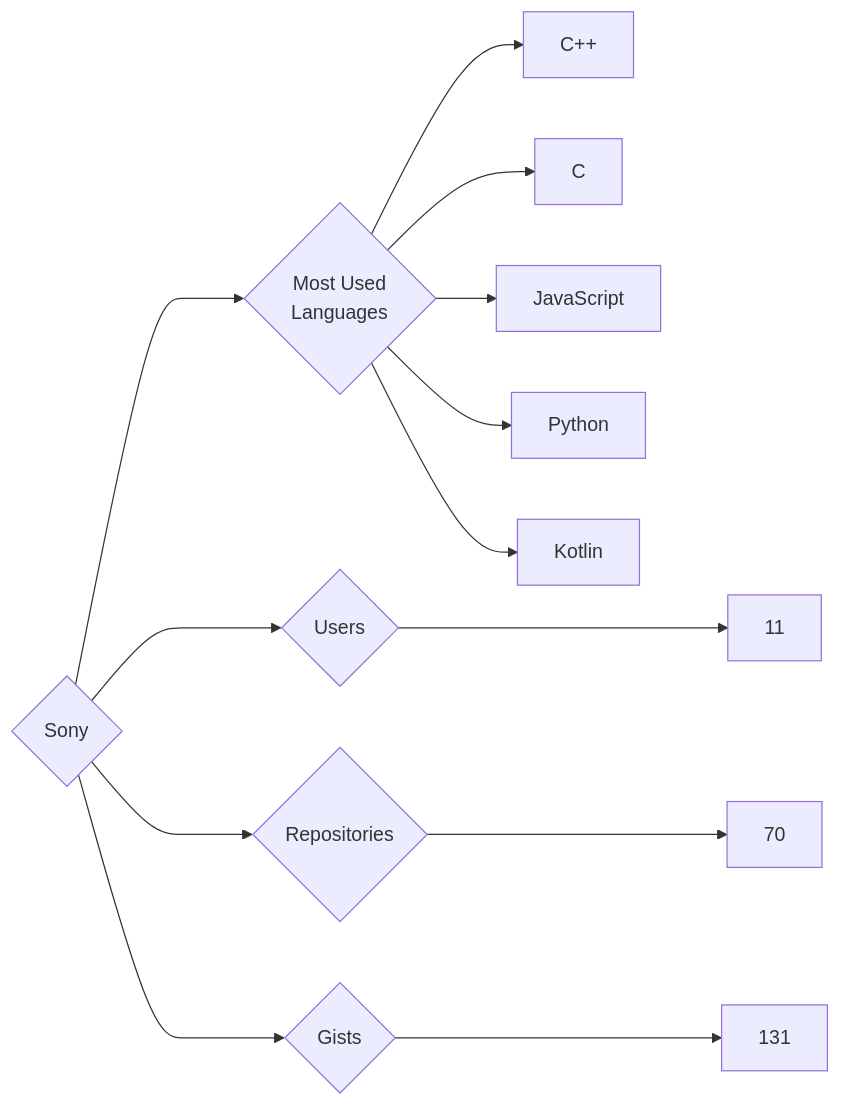
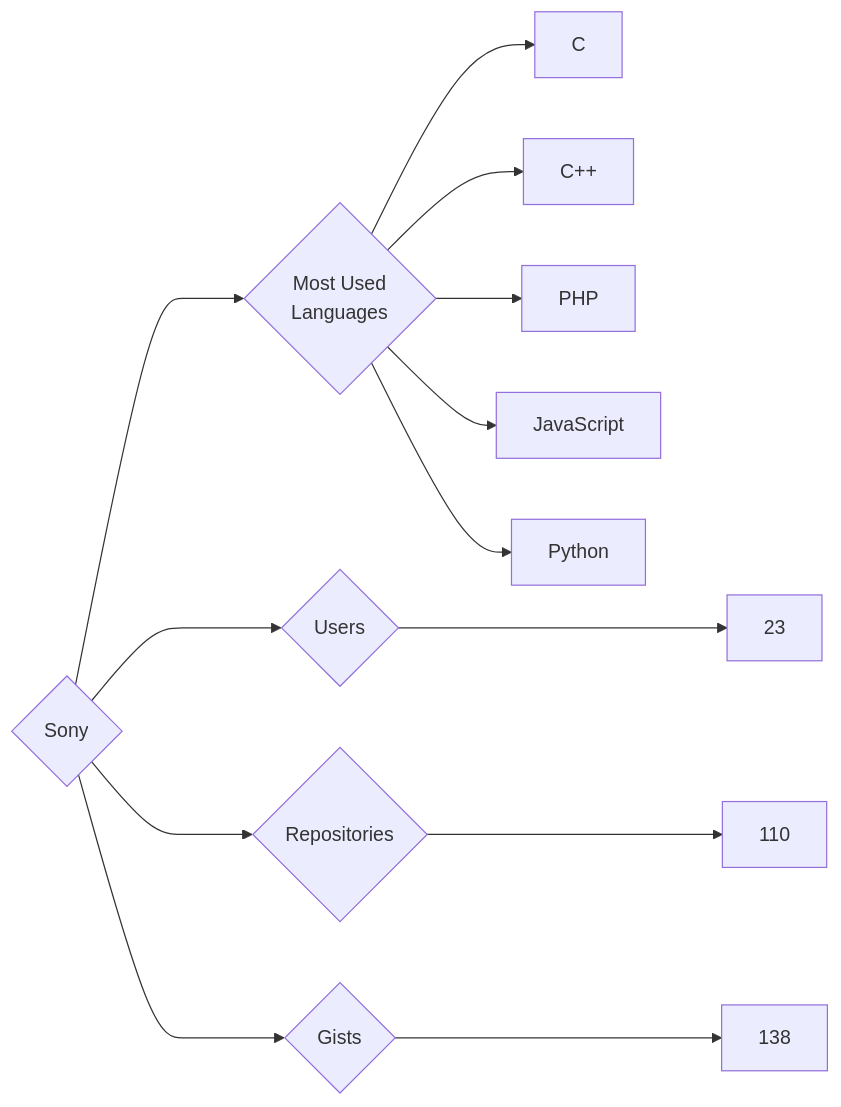
The diagram in targets/Sony/README.md (trickest/insiders), drawn with Mermaid before and after one commit. The commit also changed 851 other files, not shown here.

````diff
--- a/targets/Sony/README.md
+++ b/targets/Sony/README.md
@@ -3,13 +3,13 @@
 ```mermaid
 graph LR
 COMPANY_NAME{Sony}
-COMPANY_NAME ---> U{Users} ---> UN[11]
-COMPANY_NAME ---> R{Repositories} ---> RN[70]
-COMPANY_NAME ---> G{Gists} ---> GN[131]
+COMPANY_NAME ---> U{Users} ---> UN[23]
+COMPANY_NAME ---> R{Repositories} ---> RN[110]
+COMPANY_NAME ---> G{Gists} ---> GN[138]
 COMPANY_NAME ---> ML{Most Used<br>Languages}
+ML --> C[C]
 ML --> C++[C++]
-ML --> C[C]
+ML --> PHP[PHP]
 ML --> JavaScript[JavaScript]
 ML --> Python[Python]
-ML --> Kotlin[Kotlin]
 ```
````
